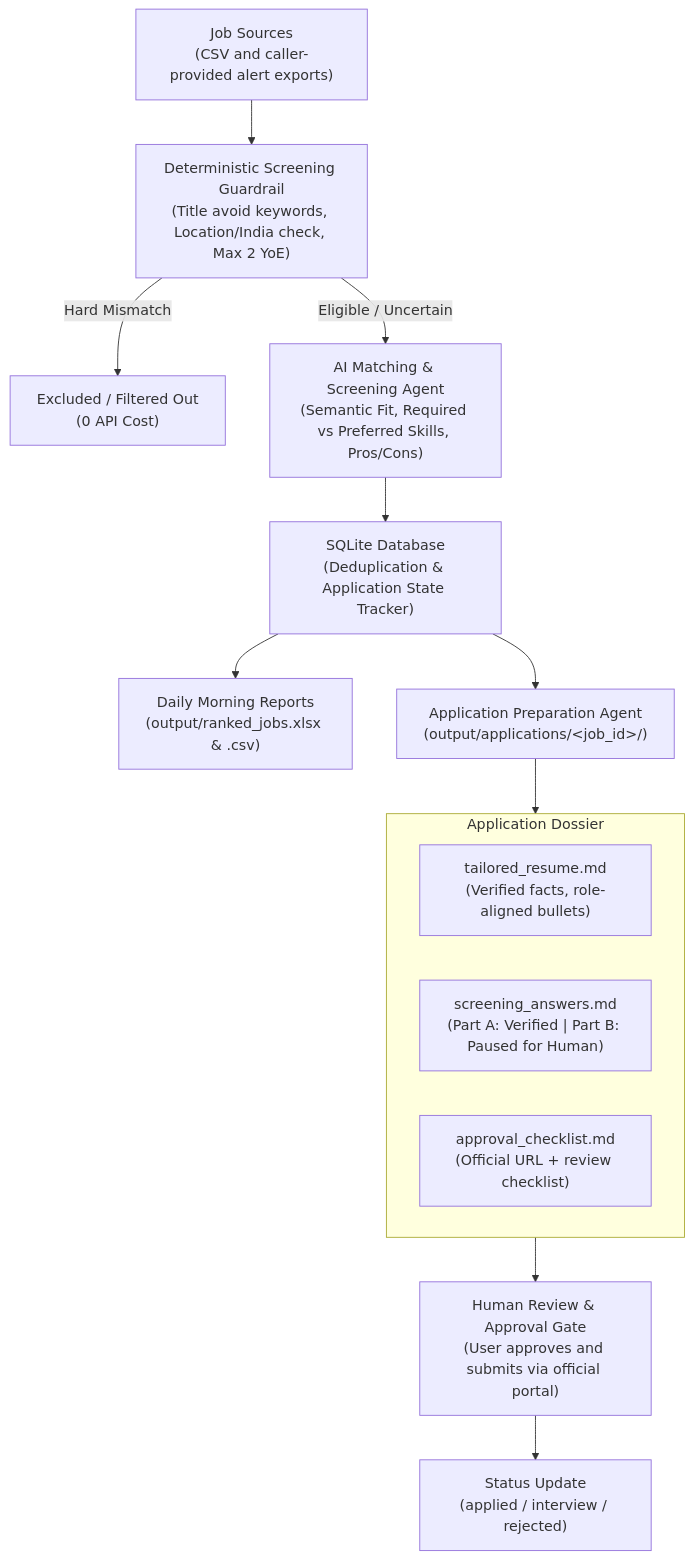
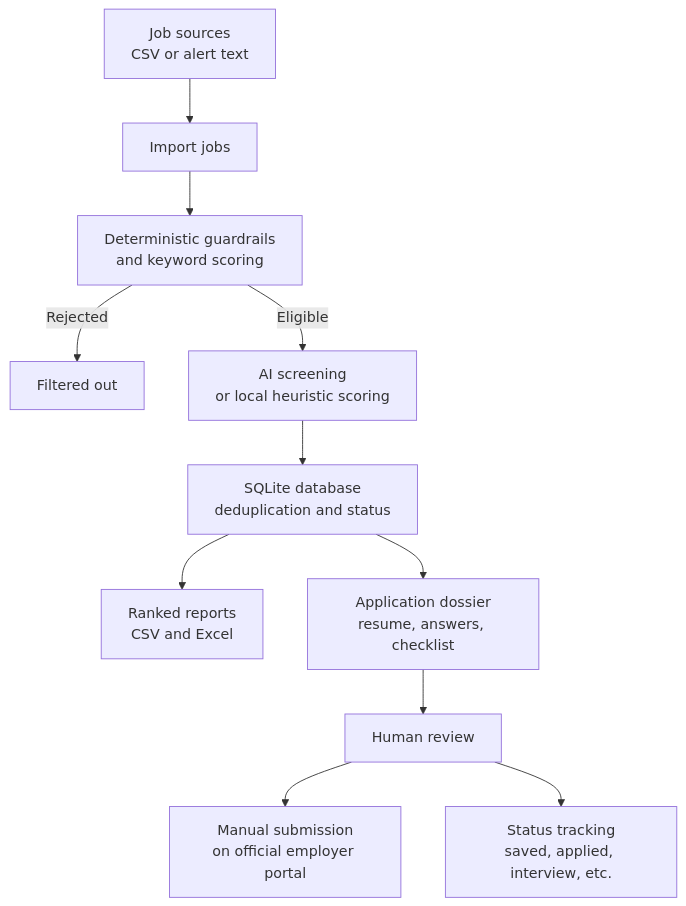
The diagram in README.md (Saptami191/Job-search), drawn with Mermaid before and after one commit. The commit also changed other lines of this file and 2 other files, not shown here.

Commit message:
docs: clarify Job Scout setup and workflows

````diff
--- a/README.md
+++ b/README.md
@@ -21,19 +17,13 @@
 ```mermaid
 flowchart TD
-    A["Job Sources<br>(CSV and caller-provided alert exports)"] --> B["Deterministic Screening Guardrail<br>(Title avoid keywords, Location/India check, Max 2 YoE)"]
-    B -- Hard Mismatch --> X["Excluded / Filtered Out<br>(0 API Cost)"]
-    B -- Eligible / Uncertain --> C["AI Matching & Screening Agent<br>(Semantic Fit, Required vs Preferred Skills, Pros/Cons)"]
-    C --> D["SQLite Database<br>(Deduplication & Application State Tracker)"]
-    D --> E["Daily Morning Reports<br>(output/ranked_jobs.xlsx & .csv)"]
-    D --> F["Application Preparation Agent<br>(output/applications/&lt;job_id&gt;/)"]
-    
-    subgraph Dossier["Application Dossier"]
-        F1["tailored_resume.md<br>(Verified facts, role-aligned bullets)"]
-        F2["screening_answers.md<br>(Part A: Verified | Part B: Paused for Human)"]
-        F3["approval_checklist.md<br>(Official URL + review checklist)"]
-    end
-    
-    F --> Dossier
-    Dossier --> G["Human Review & Approval Gate<br>(User approves and submits via official portal)"]
-    G --> H["Status Update<br>(applied / interview / rejected)"]
+    A["Job sources<br/>CSV or alert text"] --> B["Import jobs"]
+    B --> C["Deterministic guardrails<br/>and keyword scoring"]
+    C -->|Rejected| X["Filtered out"]
+    C -->|Eligible| D["AI screening<br/>or local heuristic scoring"]
+    D --> E["SQLite database<br/>deduplication and status"]
+    E --> F["Ranked reports<br/>CSV and Excel"]
+    E --> G["Application dossier<br/>resume, answers, checklist"]
+    G --> H["Human review"]
+    H --> I["Manual submission<br/>on official employer portal"]
+    H --> J["Status tracking<br/>saved, applied, interview, etc."]
 ```
````
